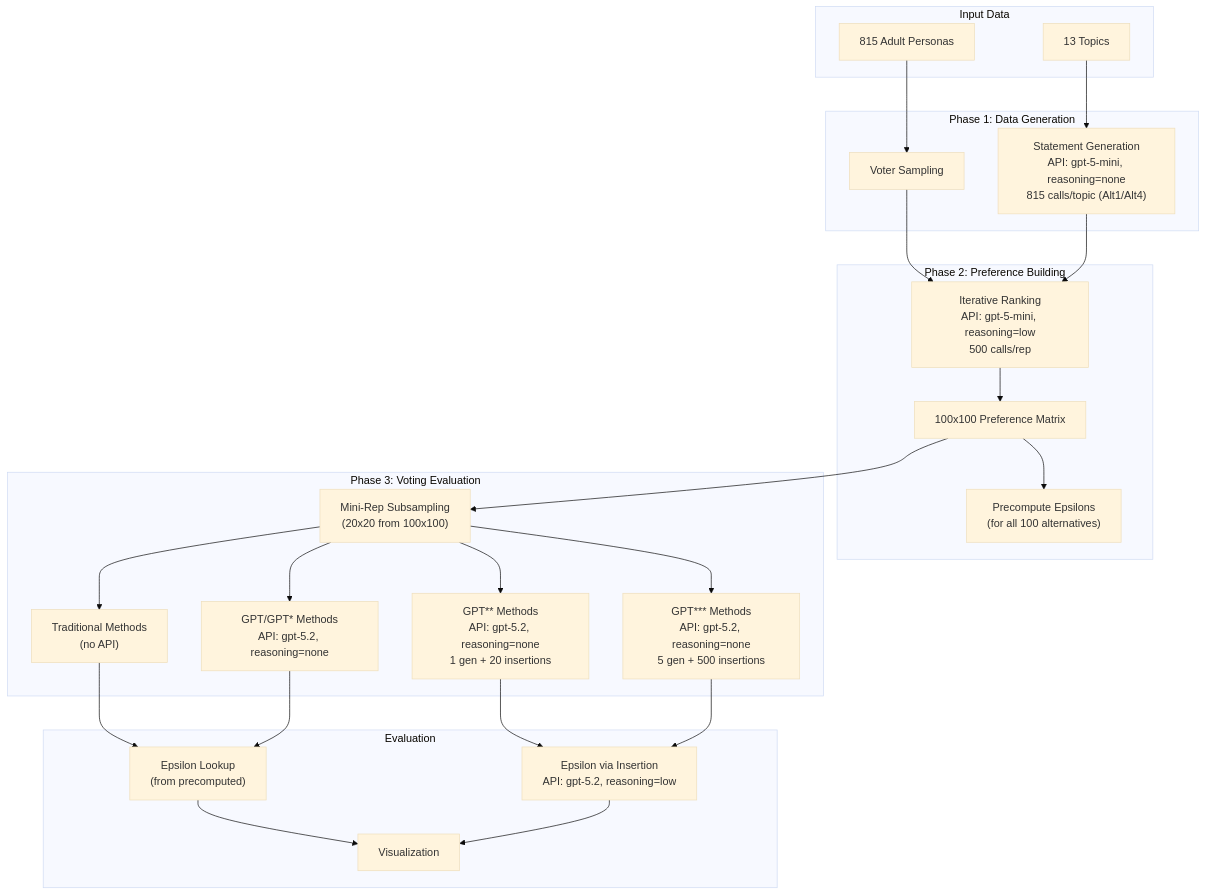
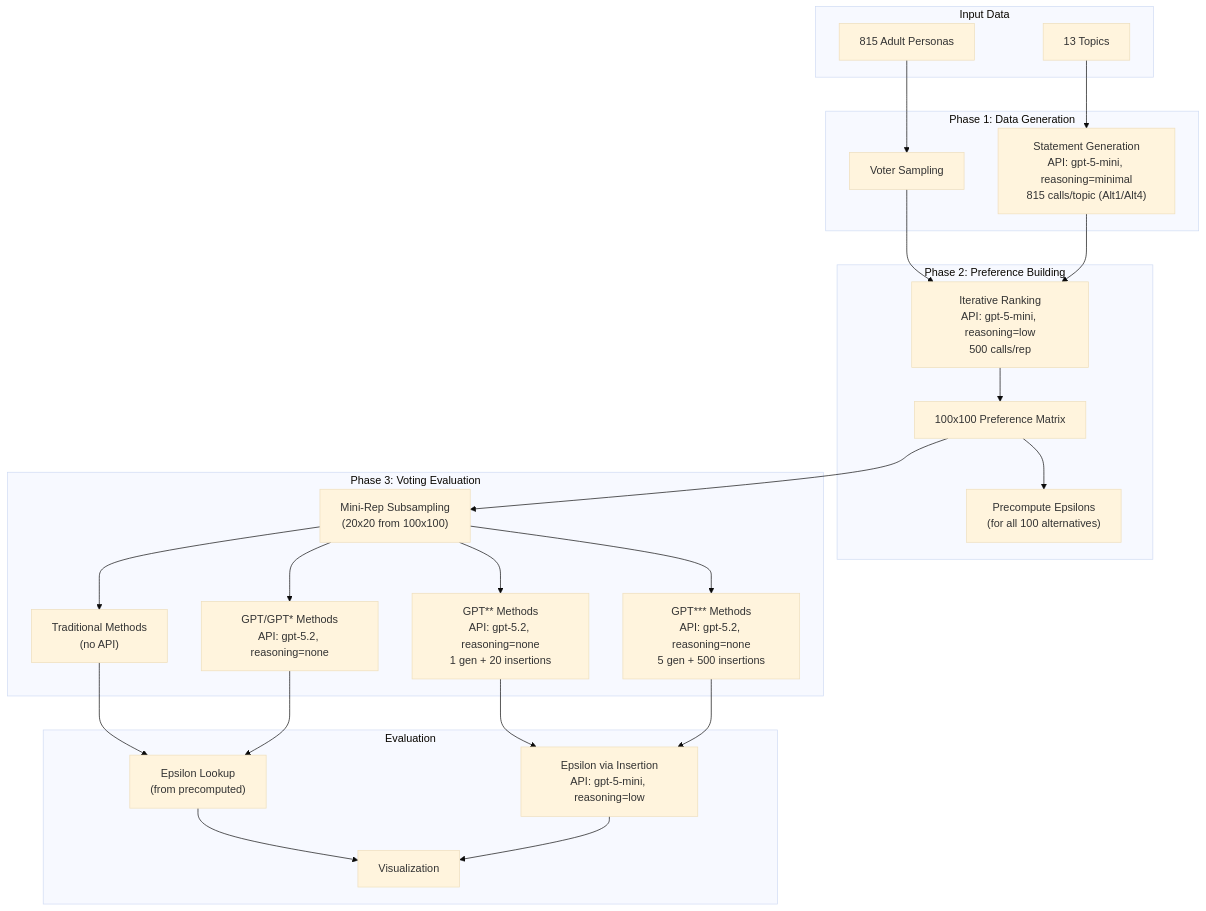
The first of 2 diagrams in README.md (jeqcho/single-winner-generative-social-choice), drawn with Mermaid (base theme) before and after one commit. The commit also changed other lines of this file and 13 other files, not shown here.

````diff
--- a/README.md
+++ b/README.md
@@ -46,50 +46,50 @@
 ```mermaid
 flowchart TD
     subgraph inputs [Input Data]
         P[815 Adult Personas]
         T[13 Topics]
     end
 
     subgraph phase1 [Phase 1: Data Generation]
         VS[Voter Sampling]
-        SG["Statement Generation<br/>API: gpt-5-mini, reasoning=none<br/>815 calls/topic (Alt1/Alt4)"]
+        SG["Statement Generation<br/>API: gpt-5-mini, reasoning=minimal<br/>815 calls/topic (Alt1/Alt4)"]
     end
 
     subgraph phase2 [Phase 2: Preference Building]
         PR["Iterative Ranking<br/>API: gpt-5-mini, reasoning=low<br/>500 calls/rep"]
         PM[100x100 Preference Matrix]
         PE["Precompute Epsilons<br/>(for all 100 alternatives)"]
     end
 
     subgraph phase3 [Phase 3: Voting Evaluation]
         MR["Mini-Rep Subsampling<br/>(20x20 from 100x100)"]
         TM["Traditional Methods<br/>(no API)"]
         GPT0["GPT/GPT* Methods<br/>API: gpt-5.2, reasoning=none"]
         GPT2["GPT** Methods<br/>API: gpt-5.2, reasoning=none<br/>1 gen + 20 insertions"]
         GPT3["GPT*** Methods<br/>API: gpt-5.2, reasoning=none<br/>5 gen + 500 insertions"]
     end
 
     subgraph metrics [Evaluation]
         EL["Epsilon Lookup<br/>(from precomputed)"]
-        EI["Epsilon via Insertion<br/>API: gpt-5.2, reasoning=low"]
+        EI["Epsilon via Insertion<br/>API: gpt-5-mini, reasoning=low"]
         VIZ[Visualization]
     end
 
     P --> VS
     T --> SG
     VS --> PR
     SG --> PR
     PR --> PM
     PM --> PE
     PM --> MR
     MR --> TM
     MR --> GPT0
     MR --> GPT2
     MR --> GPT3
     TM --> EL
     GPT0 --> EL
     GPT2 --> EI
     GPT3 --> EI
     EL --> VIZ
     EI --> VIZ
 ```
````
